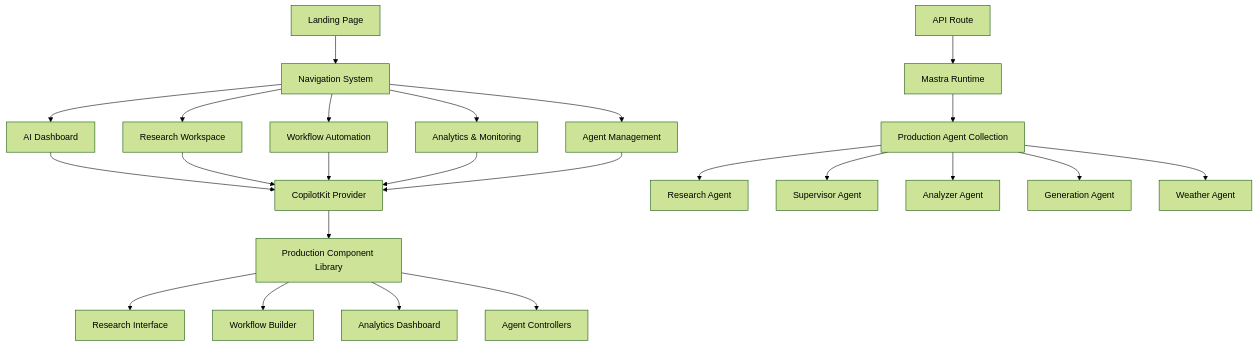
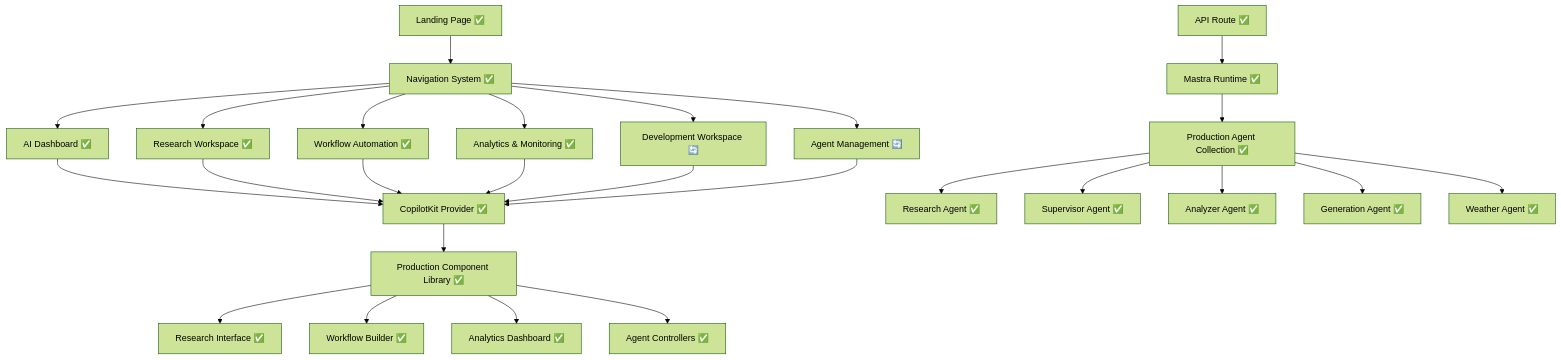
The diagram in .kiro/specs/copilotkit-integration-system/design.md (ssdeanx/coagents-mastra), drawn with Mermaid (forest theme) before and after one commit. The commit also changed other lines of this file and 7 other files, not shown here.

First line of the commit message:
Implement core CopilotKit integration system

````diff
--- a/.kiro/specs/copilotkit-integration-system/design.md
+++ b/.kiro/specs/copilotkit-integration-system/design.md
@@ -11,29 +11,31 @@
 ```mermaid
 graph TB
-    A[Landing Page] --> B[Navigation System]
-    B --> C[AI Dashboard]
-    B --> D[Research Workspace]
-    B --> E[Workflow Automation]
-    B --> F[Analytics & Monitoring]
-    B --> G[Agent Management]
+    A[Landing Page ✅] --> B[Navigation System ✅]
+    B --> C[AI Dashboard ✅]
+    B --> D[Research Workspace ✅]
+    B --> E[Workflow Automation ✅]
+    B --> F[Analytics & Monitoring ✅]
+    B --> G[Development Workspace 🔄]
+    B --> H[Agent Management 🔄]
     
-    H[CopilotKit Provider] --> I[Production Component Library]
-    I --> J[Research Interface]
-    I --> K[Workflow Builder]
-    I --> L[Analytics Dashboard]
-    I --> M[Agent Controllers]
+    I[CopilotKit Provider ✅] --> J[Production Component Library ✅]
+    J --> K[Research Interface ✅]
+    J --> L[Workflow Builder ✅]
+    J --> M[Analytics Dashboard ✅]
+    J --> N[Agent Controllers ✅]
     
-    N[API Route] --> O[Mastra Runtime]
-    O --> P[Production Agent Collection]
-    P --> Q[Research Agent]
-    P --> R[Supervisor Agent]
-    P --> S[Analyzer Agent]
-    P --> T[Generation Agent]
-    P --> U[Weather Agent]
+    O[API Route ✅] --> P[Mastra Runtime ✅]
+    P --> Q[Production Agent Collection ✅]
+    Q --> R[Research Agent ✅]
+    Q --> S[Supervisor Agent ✅]
+    Q --> T[Analyzer Agent ✅]
+    Q --> U[Generation Agent ✅]
+    Q --> V[Weather Agent ✅]
     
-    C --> H
-    D --> H
-    E --> H
-    F --> H
-    G --> H
+    C --> I
+    D --> I
+    E --> I
+    F --> I
+    G --> I
+    H --> I
 ```
````
